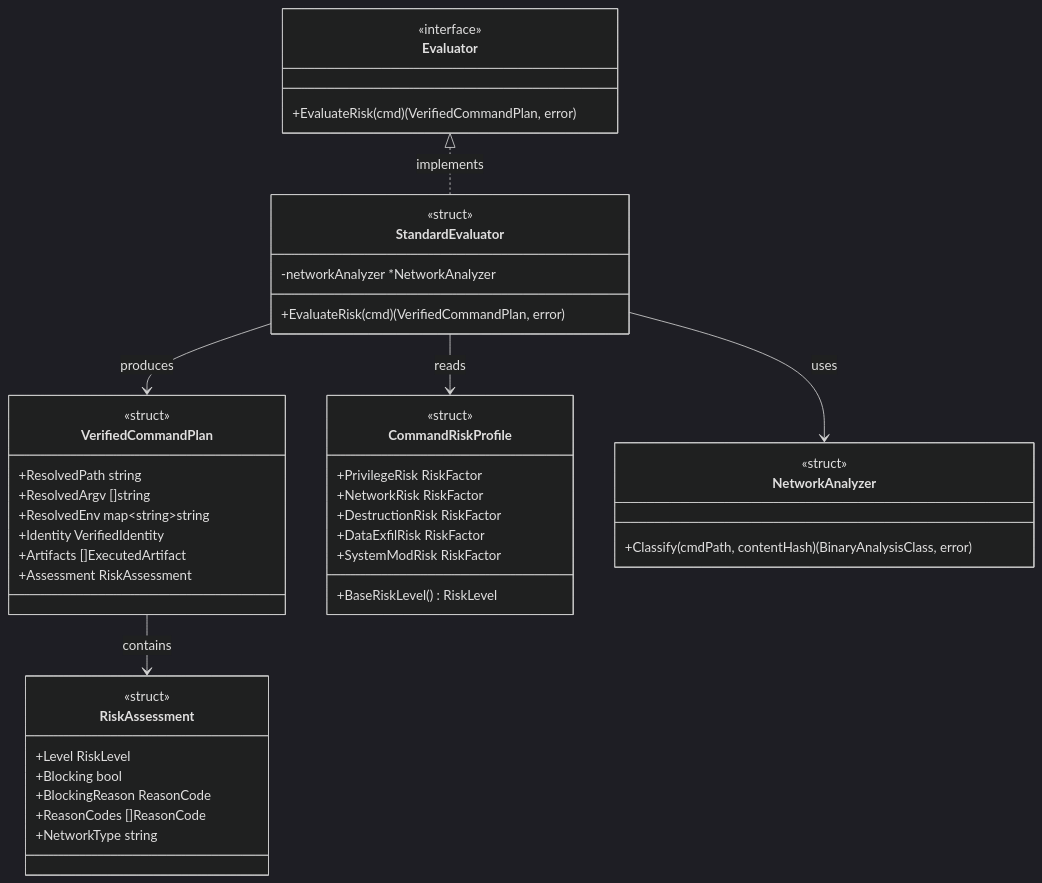
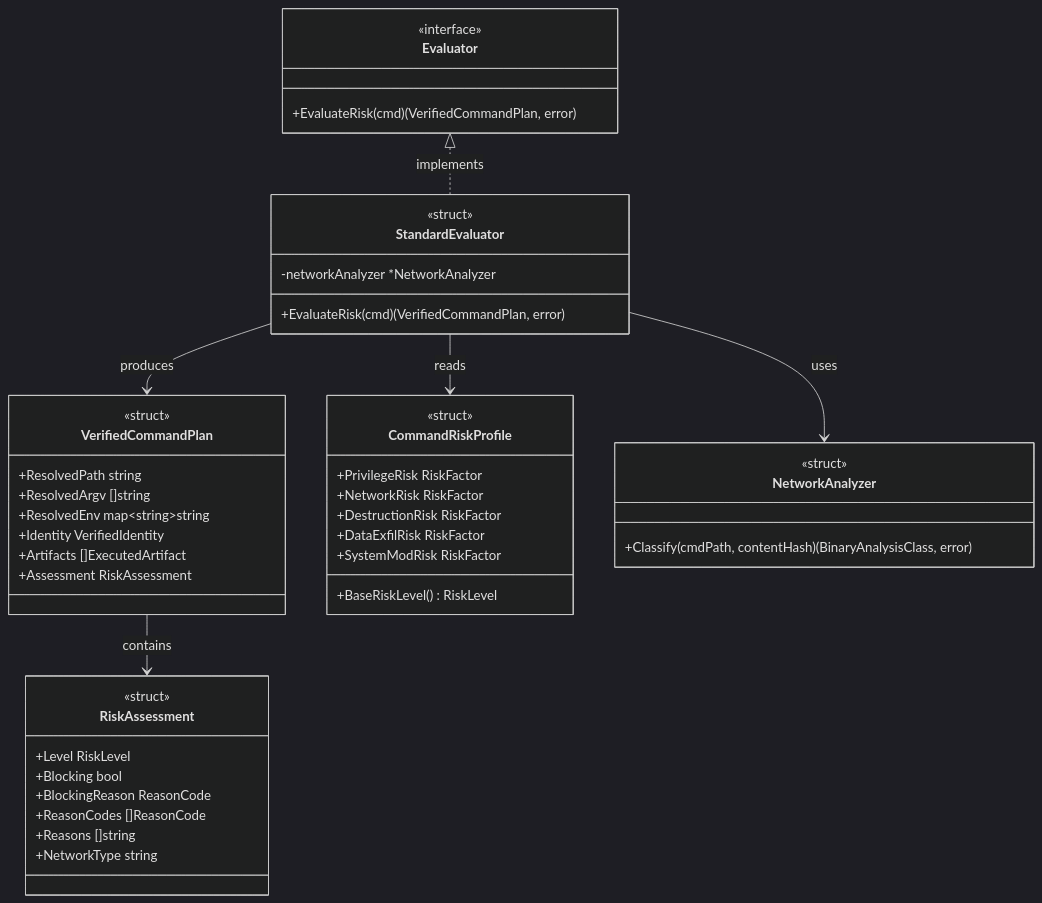
One commit to isseis/go-safe-cmd-runner changed the eighth of 12 diagrams in docs/tasks/0136_runtime_risk_evaluation_enforcement/02_architecture.md. Above: the diagram before and after it, drawn with Mermaid (dark theme). The commit also changed other lines of this file, not shown here.

First line of the commit message:
docs(0136): apply 01<->02 consistency-review fixes to architecture

````diff
--- a/docs/tasks/0136_runtime_risk_evaluation_enforcement/02_architecture.md
+++ b/docs/tasks/0136_runtime_risk_evaluation_enforcement/02_architecture.md
@@ -317,47 +317,48 @@
 ```mermaid
 classDiagram
     class Evaluator {
         <<interface>>
         +EvaluateRisk(cmd) (VerifiedCommandPlan, error)
     }
     class StandardEvaluator {
         <<struct>>
         -networkAnalyzer *NetworkAnalyzer
         +EvaluateRisk(cmd) (VerifiedCommandPlan, error)
     }
     class VerifiedCommandPlan {
         <<struct>>
         +ResolvedPath string
         +ResolvedArgv []string
         +ResolvedEnv map~string~string
         +Identity VerifiedIdentity
         +Artifacts []ExecutedArtifact
         +Assessment RiskAssessment
     }
     class RiskAssessment {
         <<struct>>
         +Level RiskLevel
         +Blocking bool
         +BlockingReason ReasonCode
         +ReasonCodes []ReasonCode
+        +Reasons []string
         +NetworkType string
     }
     class CommandRiskProfile {
         <<struct>>
         +PrivilegeRisk RiskFactor
         +NetworkRisk RiskFactor
         +DestructionRisk RiskFactor
         +DataExfilRisk RiskFactor
         +SystemModRisk RiskFactor
         +BaseRiskLevel() RiskLevel
     }
     class NetworkAnalyzer {
         <<struct>>
         +Classify(cmdPath, contentHash) (BinaryAnalysisClass, error)
     }
     Evaluator <|.. StandardEvaluator : implements
     StandardEvaluator --> VerifiedCommandPlan : produces
     VerifiedCommandPlan --> RiskAssessment : contains
     StandardEvaluator --> CommandRiskProfile : reads
     StandardEvaluator --> NetworkAnalyzer : uses
 ```
````
